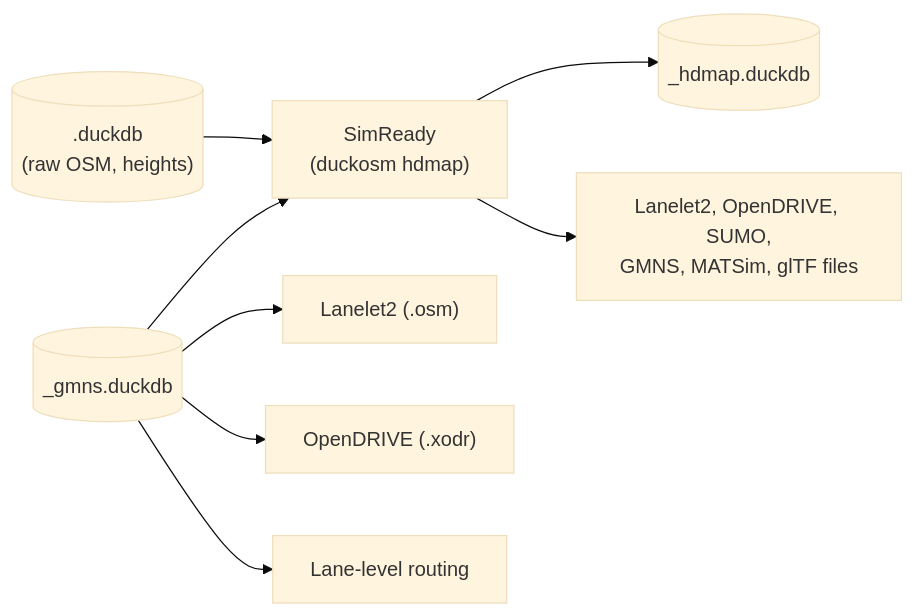
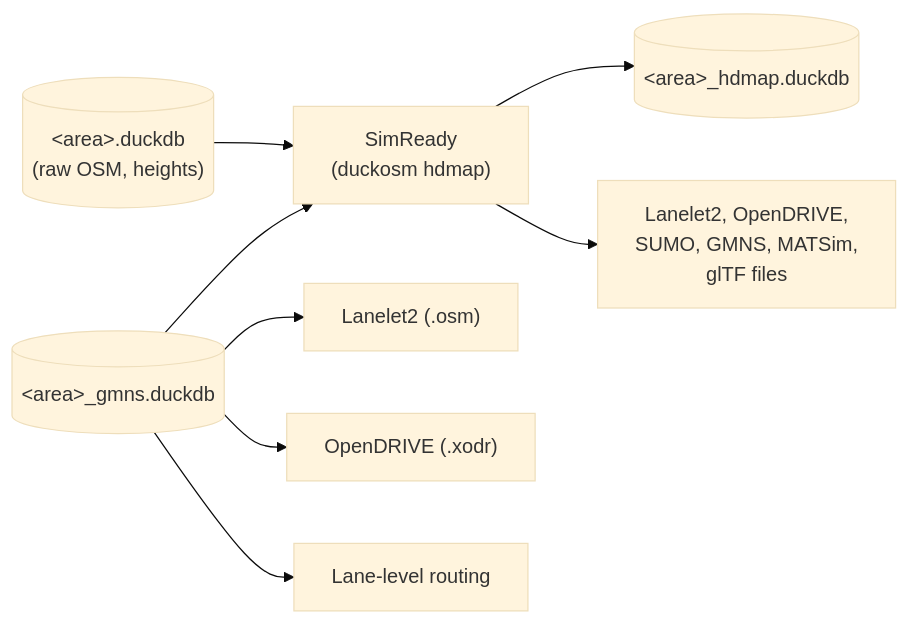
One commit to Khoshkhah/duckOSM changed the diagram in docs/exports/hd-map/index.md. Above: the diagram before and after it, drawn with Mermaid (base theme).

Commit message:
Docs: the HD map diagram shows <area> and fits its labels

````diff
--- a/docs/exports/hd-map/index.md
+++ b/docs/exports/hd-map/index.md
@@ -11,10 +11,10 @@
 ```mermaid
 flowchart LR
-  db[("<area>.duckdb<br/>(raw OSM, heights)")] --> sim["SimReady<br/>(duckosm hdmap)"]
-  gmns[("<area>_gmns.duckdb")] --> sim
-  sim --> hd[("<area>_hdmap.duckdb")]
-  sim --> files["Lanelet2, OpenDRIVE, SUMO,<br/>GMNS, MATSim, glTF files"]
+  db[("#lt;area#gt;.duckdb<br/>(raw OSM, heights)")] --> sim["SimReady<br/>(duckosm hdmap)"]
+  gmns[("#lt;area#gt;_gmns.duckdb")] --> sim
+  sim --> hd[("#lt;area#gt;_hdmap.duckdb")]
+  sim --> files["Lanelet2, OpenDRIVE,<br/>SUMO, GMNS, MATSim,<br/>glTF files"]
   gmns --> ll2["Lanelet2 (.osm)"]
   gmns --> xodr["OpenDRIVE (.xodr)"]
   gmns --> lr["Lane-level routing"]
 ```
````
